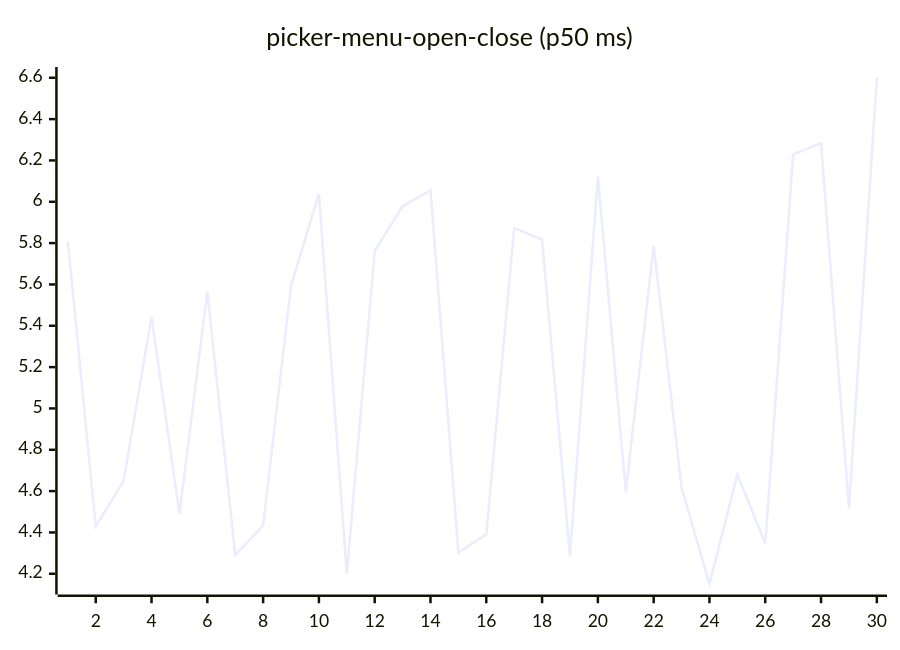
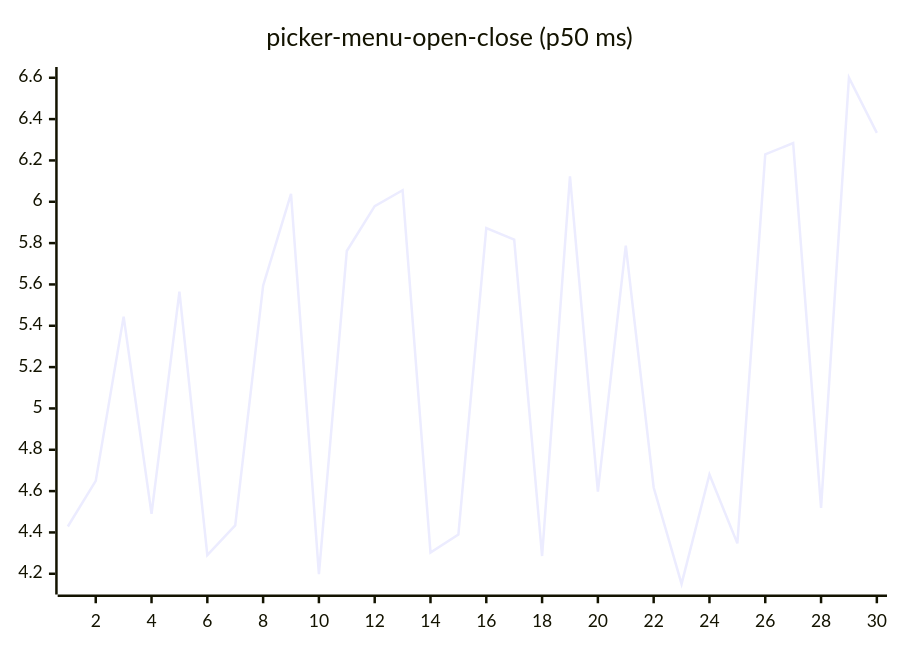
Diagram 16 of 27 in README.md (josha/Facet), drawn with Mermaid before and after one commit. The commit also changed other lines of this file and 2 other files, not shown here.

````diff
--- a/README.md
+++ b/README.md
@@ -168,6 +168,6 @@
 ```mermaid
 xychart-beta
     title "picker-menu-open-close (p50 ms)"
     x-axis 1 --> 30
-    line [5.8101, 4.4287, 4.6495, 5.4442, 4.4899, 5.5654, 4.2905, 4.4342, 5.5941, 6.0384, 4.1981, 5.7619, 5.9791, 6.0560, 4.3027, 4.3902, 5.8724, 5.8169, 4.2859, 6.1231, 4.5970, 5.7880, 4.6174, 4.1511, 4.6804, 4.3471, 6.2296, 6.2841, 4.5186, 6.6007]
+    line [4.4287, 4.6495, 5.4442, 4.4899, 5.5654, 4.2905, 4.4342, 5.5941, 6.0384, 4.1981, 5.7619, 5.9791, 6.0560, 4.3027, 4.3902, 5.8724, 5.8169, 4.2859, 6.1231, 4.5970, 5.7880, 4.6174, 4.1511, 4.6804, 4.3471, 6.2296, 6.2841, 4.5186, 6.6007, 6.3336]
 ```
````
